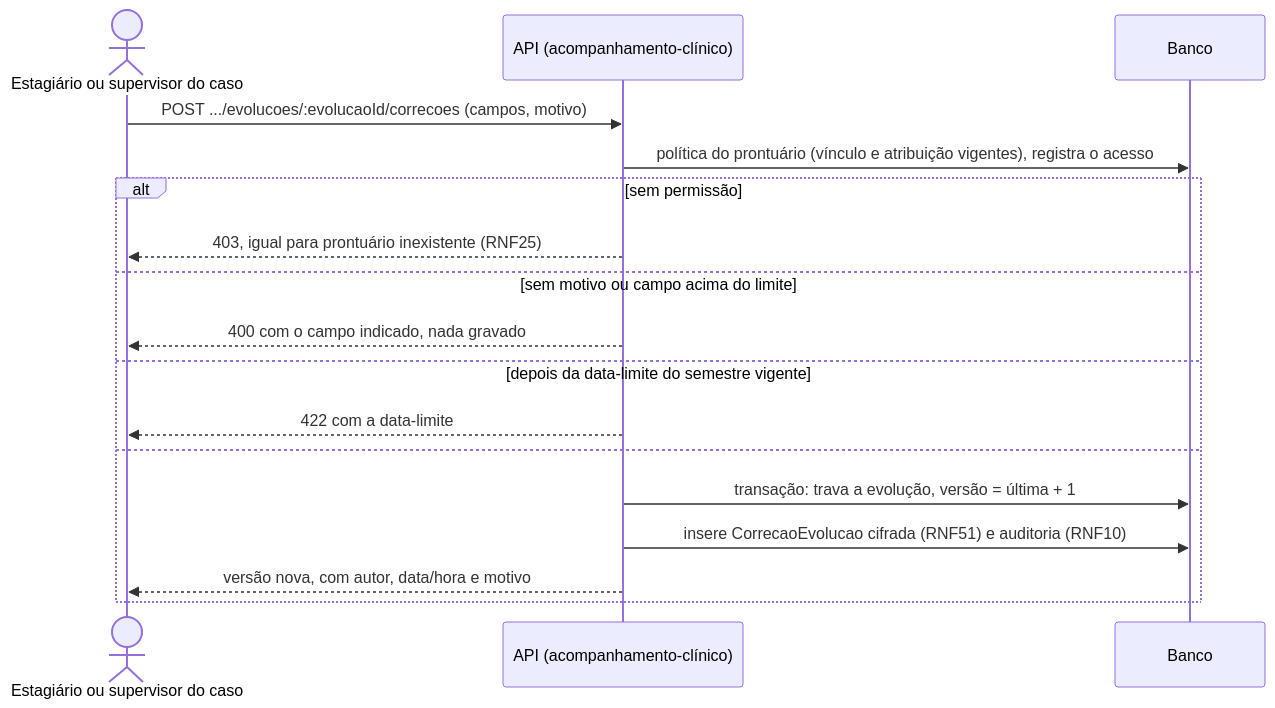
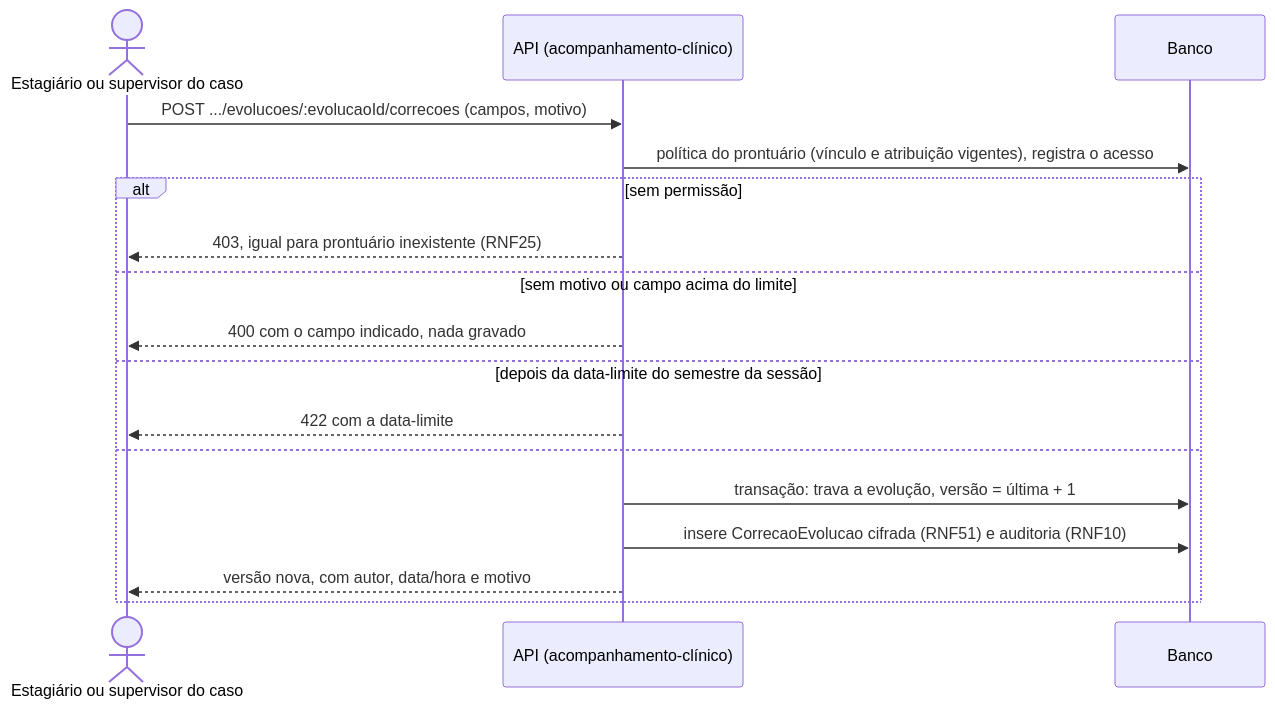
One commit to mdsreq-fga-unb/REQ-2026.2-T02-ClinicaEscolaFBr changed diagram 35 of 45 in documentacao/docs/construcao/projeto-features.md. Above: the diagram before and after it, drawn with Mermaid. The commit also changed other lines of this file, not shown here.

````diff
--- a/documentacao/docs/construcao/projeto-features.md
+++ b/documentacao/docs/construcao/projeto-features.md
@@ -1763,19 +1763,19 @@
 ```mermaid
 sequenceDiagram
     actor U as Estagiário ou supervisor do caso
     participant A as API (acompanhamento-clínico)
     participant DB as Banco
     U->>A: POST .../evolucoes/:evolucaoId/correcoes (campos, motivo)
     A->>DB: política do prontuário (vínculo e atribuição vigentes), registra o acesso
     alt sem permissão
         A-->>U: 403, igual para prontuário inexistente (RNF25)
     else sem motivo ou campo acima do limite
         A-->>U: 400 com o campo indicado, nada gravado
-    else depois da data-limite do semestre vigente
+    else depois da data-limite do semestre da sessão
         A-->>U: 422 com a data-limite
     else
         A->>DB: transação: trava a evolução, versão = última + 1
         A->>DB: insere CorrecaoEvolucao cifrada (RNF51) e auditoria (RNF10)
         A-->>U: versão nova, com autor, data/hora e motivo
     end
 ```
````
